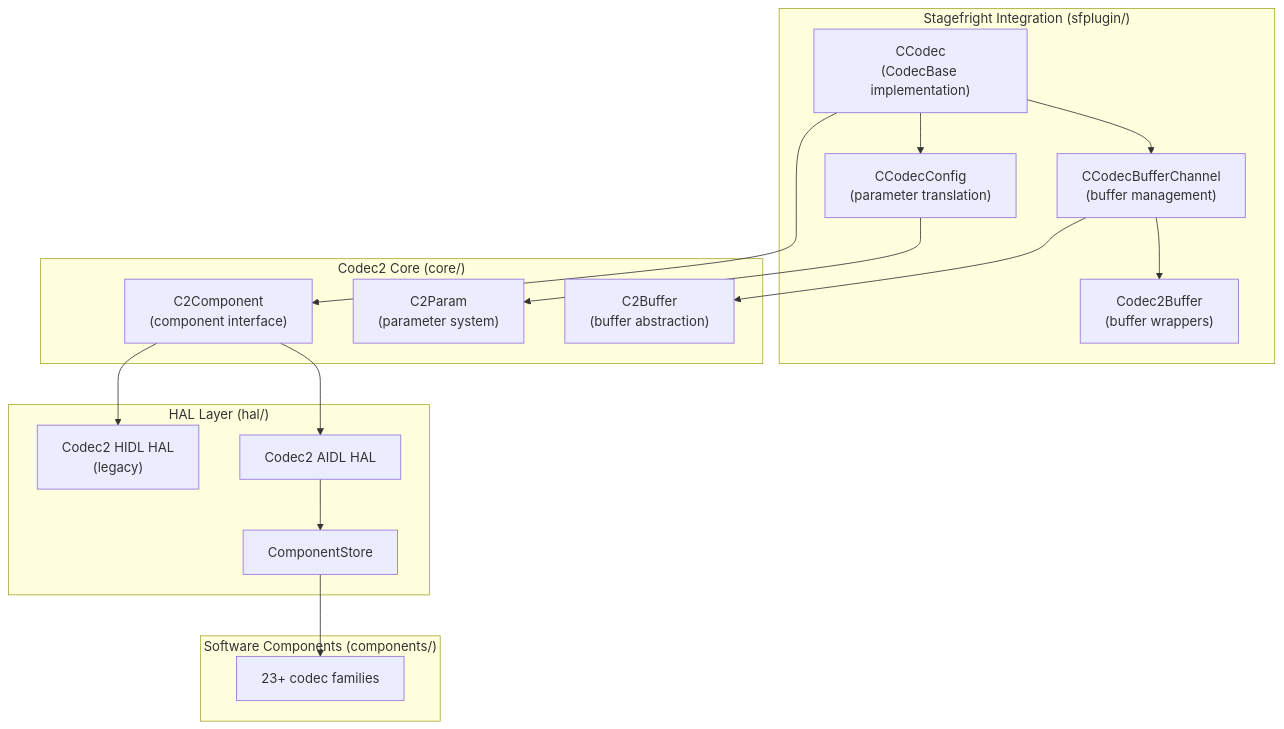
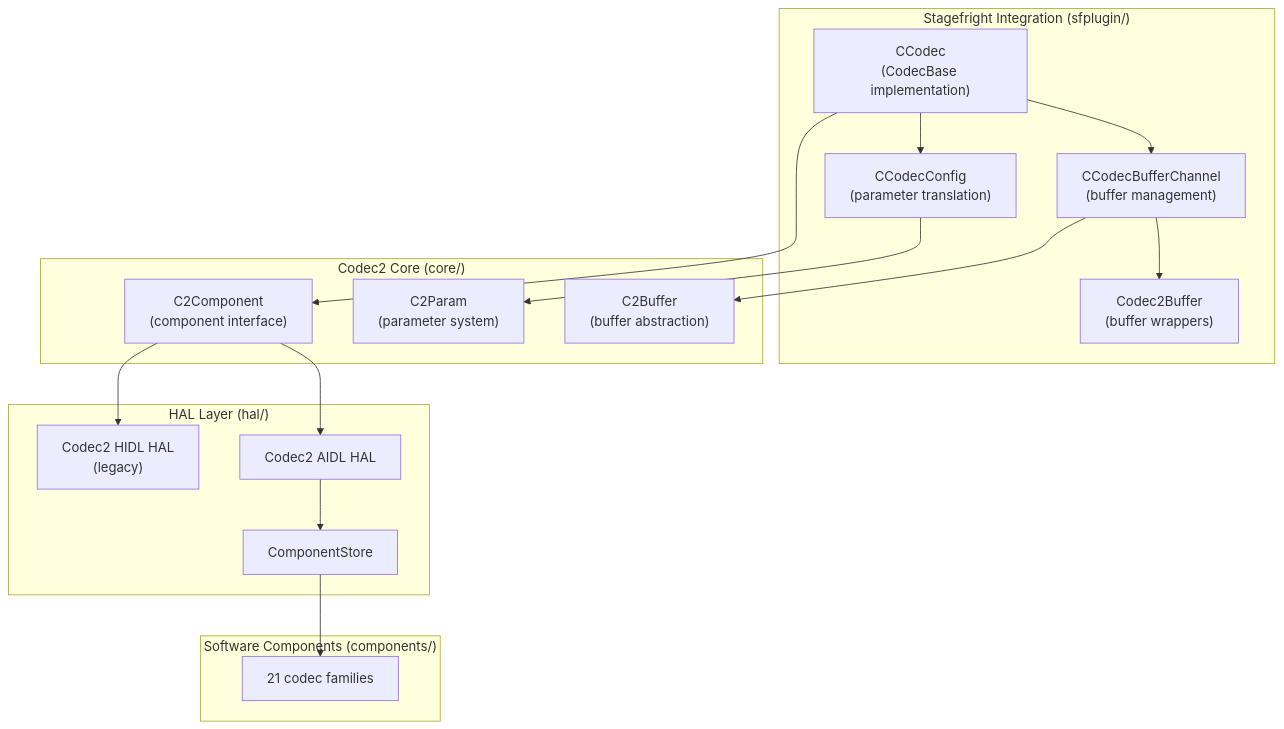
The sixth of 34 diagrams in 16-media-and-camera.md (aospbooks/aosp-internal-book), drawn with Mermaid before and after one commit. The commit also changed other lines of this file and 218 other files, not shown here.

````diff
--- a/16-media-and-camera.md
+++ b/16-media-and-camera.md
@@ -767,38 +770,38 @@
 ```mermaid
 graph TD
     subgraph "Stagefright Integration (sfplugin/)"
         A["CCodec<br/>(CodecBase implementation)"]
         B["CCodecBufferChannel<br/>(buffer management)"]
         C["CCodecConfig<br/>(parameter translation)"]
         D["Codec2Buffer<br/>(buffer wrappers)"]
     end
 
     subgraph "Codec2 Core (core/)"
         E["C2Component<br/>(component interface)"]
         F["C2Buffer<br/>(buffer abstraction)"]
         G["C2Param<br/>(parameter system)"]
     end
 
     subgraph "HAL Layer (hal/)"
         H["Codec2 AIDL HAL"]
         I["Codec2 HIDL HAL<br/>(legacy)"]
         J["ComponentStore"]
     end
 
     subgraph "Software Components (components/)"
-        K["23+ codec families"]
+        K["21 codec families"]
     end
 
     A --> B
     A --> C
     B --> D
 
     A --> E
     B --> F
     C --> G
 
     E --> H
     E --> I
     H --> J
     J --> K
 ```
````
